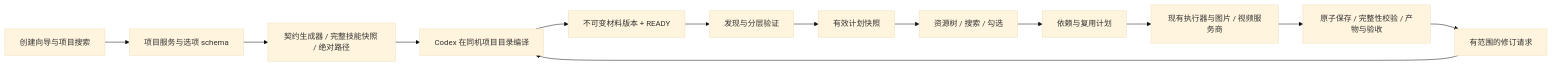
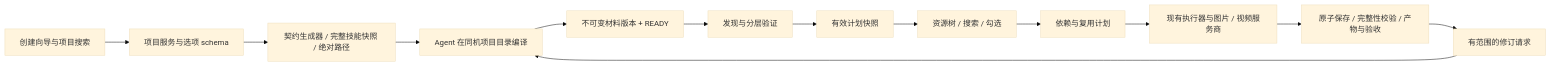
Before and after one commit to NKZDDD/script-to-video-studio: the diagram in docs/design/codex-production-v7/架构方案.md, drawn with Mermaid (base theme). The commit also changed other lines of this file and 71 other files, not shown here.

````diff
--- a/docs/design/codex-production-v7/架构方案.md
+++ b/docs/design/codex-production-v7/架构方案.md
@@ -207,15 +207,15 @@
 ```mermaid
 flowchart LR
   U[创建向导与项目搜索] --> P[项目服务与选项 schema]
   P --> C[契约生成器 / 完整技能快照 / 绝对路径]
-  C --> X[Codex 在同机项目目录编译]
+  C --> X[Agent 在同机项目目录编译]
   X --> R[不可变材料版本 + READY]
   R --> V[发现与分层验证]
   V --> A[有效计划快照]
   A --> T[资源树 / 搜索 / 勾选]
   T --> D[依赖与复用计划]
   D --> E[现有执行器与图片 / 视频服务商]
   E --> O[原子保存 / 完整性校验 / 产物与验收]
   O --> F[有范围的修订请求]
   F --> X
 ```
````
